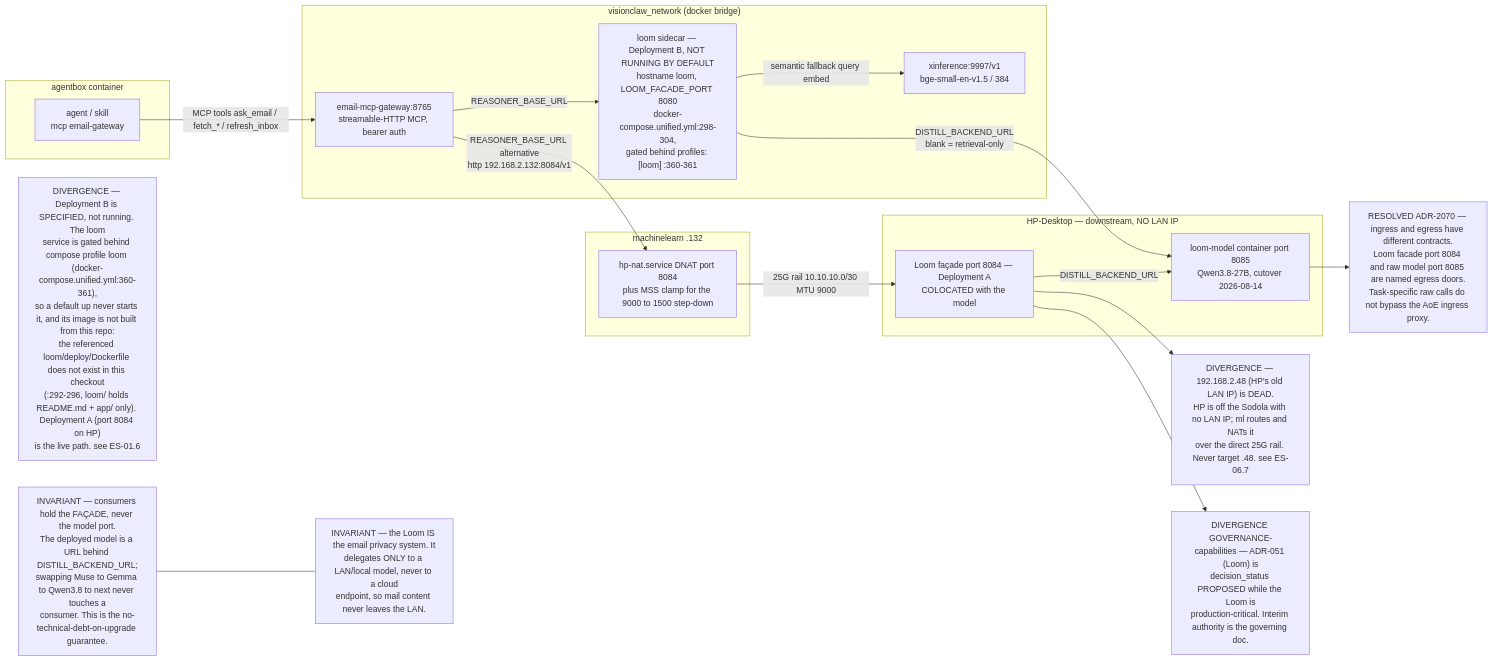
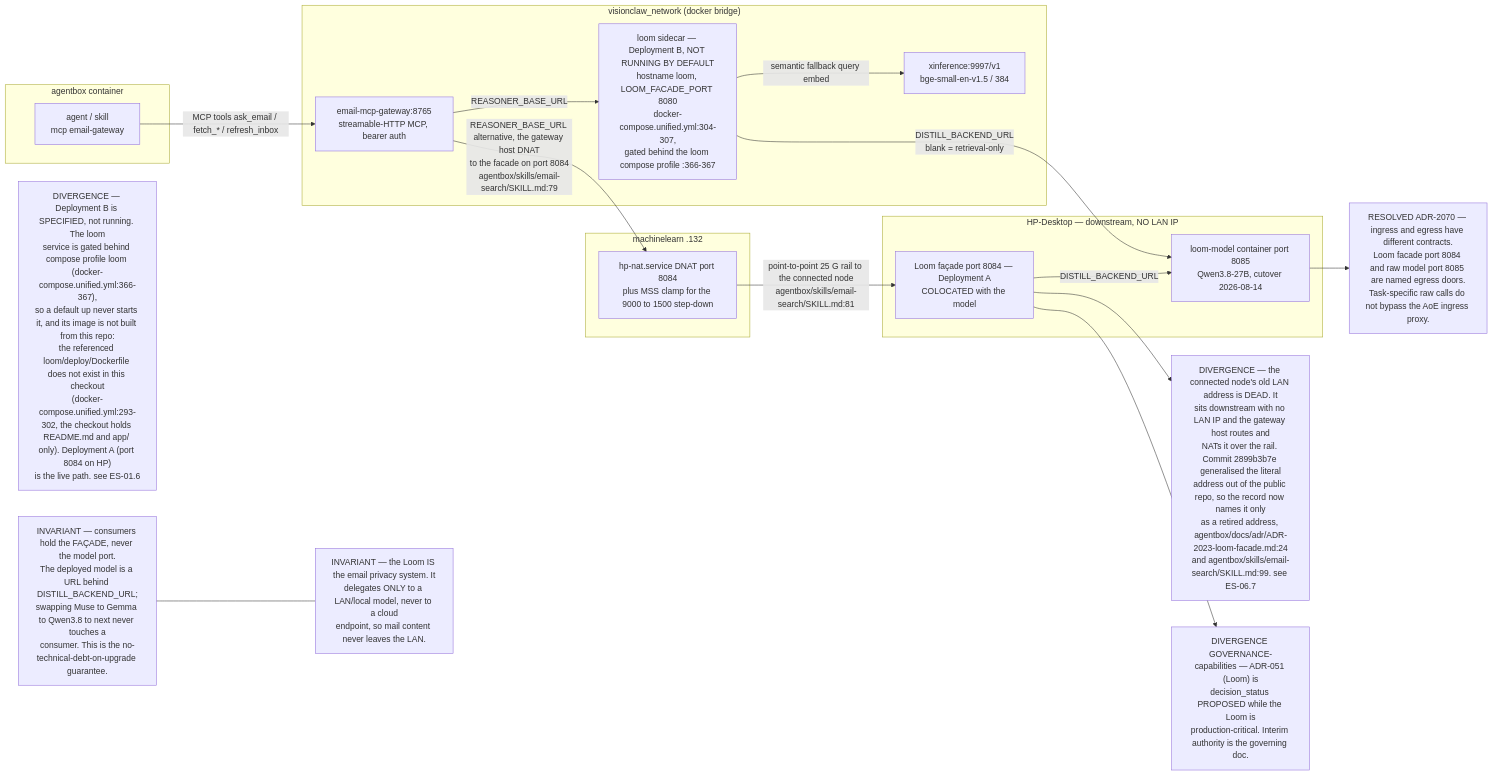
Before and after one commit to DreamLab-AI/VisionFlow: the first of 11 diagrams in docs/diagrams/estate/06-loom-and-email-privacy-path.md, drawn with Mermaid. The commit also changed other lines of this file and 12 other files, not shown here.

````diff
--- a/docs/diagrams/estate/06-loom-and-email-privacy-path.md
+++ b/docs/diagrams/estate/06-loom-and-email-privacy-path.md
@@ -24,38 +26,38 @@
 ```mermaid
 flowchart LR
     subgraph box["agentbox container"]
         AG["agent / skill<br/>mcp email-gateway"]
     end
     subgraph vcnet["visionclaw_network (docker bridge)"]
         GW["email-mcp-gateway:8765<br/>streamable-HTTP MCP, bearer auth"]
-        LOOMB["loom sidecar — Deployment B, NOT RUNNING BY DEFAULT<br/>hostname loom, LOOM_FACADE_PORT 8080<br/>docker-compose.unified.yml:298-304,<br/>gated behind profiles: [loom] :360-361"]
+        LOOMB["loom sidecar — Deployment B, NOT RUNNING BY DEFAULT<br/>hostname loom, LOOM_FACADE_PORT 8080<br/>docker-compose.unified.yml:304-307,<br/>gated behind the loom compose profile :366-367"]
         XI["xinference:9997/v1<br/>bge-small-en-v1.5 / 384"]
     end
     subgraph ml["machinelearn .132"]
         DNAT["hp-nat.service DNAT port 8084<br/>plus MSS clamp for the 9000 to 1500 step-down"]
     end
     subgraph hp["HP-Desktop — downstream, NO LAN IP"]
         LOOMA["Loom façade port 8084 — Deployment A<br/>COLOCATED with the model"]
         MODEL["loom-model container port 8085<br/>Qwen3.8-27B, cutover 2026-08-14"]
     end
 
     AG -- "MCP tools ask_email / fetch_* / refresh_inbox" --> GW
     GW -- "REASONER_BASE_URL" --> LOOMB
-    GW -- "REASONER_BASE_URL alternative<br/>http 192.168.2.132:8084/v1" --> DNAT
-    DNAT -- "25G rail 10.10.10.0/30 MTU 9000" --> LOOMA
+    GW -- "REASONER_BASE_URL alternative, the gateway host DNAT<br/>to the facade on port 8084<br/>agentbox/skills/email-search/SKILL.md:79" --> DNAT
+    DNAT -- "point-to-point 25 G rail to the connected node<br/>agentbox/skills/email-search/SKILL.md:81" --> LOOMA
     LOOMA -- "DISTILL_BACKEND_URL" --> MODEL
     LOOMB -- "DISTILL_BACKEND_URL<br/>blank = retrieval-only" --> MODEL
     LOOMB -- "semantic fallback query embed" --> XI
 
     INV1["INVARIANT — consumers hold the FAÇADE, never the model port.<br/>The deployed model is a URL behind DISTILL_BACKEND_URL;<br/>swapping Muse to Gemma to Qwen3.8 to next never touches a<br/>consumer. This is the no-technical-debt-on-upgrade guarantee."]
     INV2["INVARIANT — the Loom IS the email privacy system. It<br/>delegates ONLY to a LAN/local model, never to a cloud<br/>endpoint, so mail content never leaves the LAN."]
-    DIV0["DIVERGENCE — Deployment B is SPECIFIED, not running. The loom<br/>service is gated behind compose profile loom (docker-compose.unified.yml:360-361),<br/>so a default up never starts it, and its image is not built from this repo:<br/>the referenced loom/deploy/Dockerfile does not exist in this checkout<br/>(:292-296, loom/ holds README.md + app/ only). Deployment A (port 8084 on HP)<br/>is the live path. see ES-01.6"]
-    DIV1["DIVERGENCE — 192.168.2.48 (HP's old LAN IP) is DEAD.<br/>HP is off the Sodola with no LAN IP; ml routes and NATs it<br/>over the direct 25G rail. Never target .48. see ES-06.7"]
+    DIV0["DIVERGENCE — Deployment B is SPECIFIED, not running. The loom<br/>service is gated behind compose profile loom (docker-compose.unified.yml:366-367),<br/>so a default up never starts it, and its image is not built from this repo:<br/>the referenced loom/deploy/Dockerfile does not exist in this checkout<br/>(docker-compose.unified.yml:293-302, the checkout holds README.md and app/ only). Deployment A (port 8084 on HP)<br/>is the live path. see ES-01.6"]
+    DIV1["DIVERGENCE — the connected node's old LAN address is DEAD. It<br/>sits downstream with no LAN IP and the gateway host routes and<br/>NATs it over the rail. Commit 2899b3b7e generalised the literal<br/>address out of the public repo, so the record now names it only<br/>as a retired address, agentbox/docs/adr/ADR-2023-loom-facade.md:24<br/>and agentbox/skills/email-search/SKILL.md:99. see ES-06.7"]
     DIV2["DIVERGENCE GOVERNANCE-capabilities — ADR-051 (Loom) is<br/>decision_status PROPOSED while the Loom is<br/>production-critical. Interim authority is the governing doc."]
     DIV3["RESOLVED ADR-2070 — ingress and egress have different contracts.<br/>Loom facade port 8084 and raw model port 8085 are named egress doors.<br/>Task-specific raw calls do not bypass the AoE ingress proxy."]
 
     INV1 --- INV2
     LOOMA --> DIV1
     LOOMA --> DIV2
     MODEL --> DIV3
 ```
````
